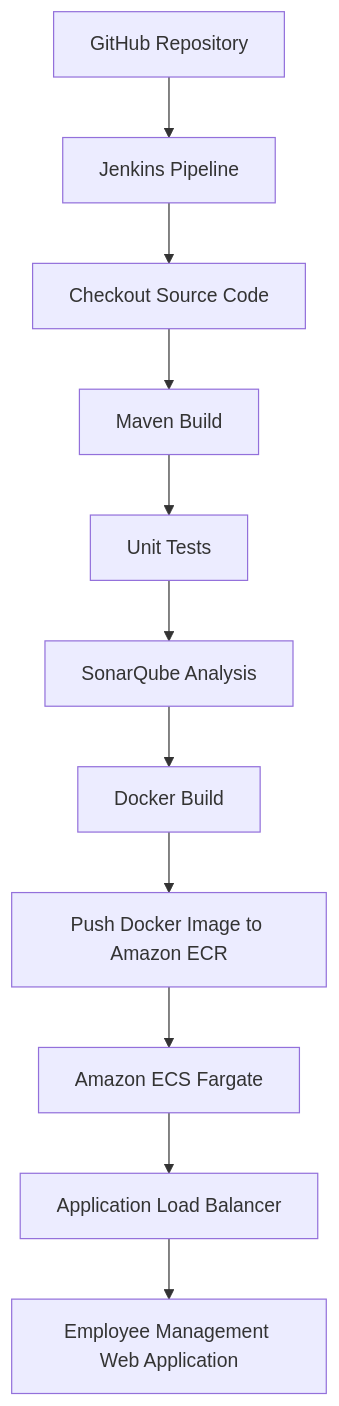
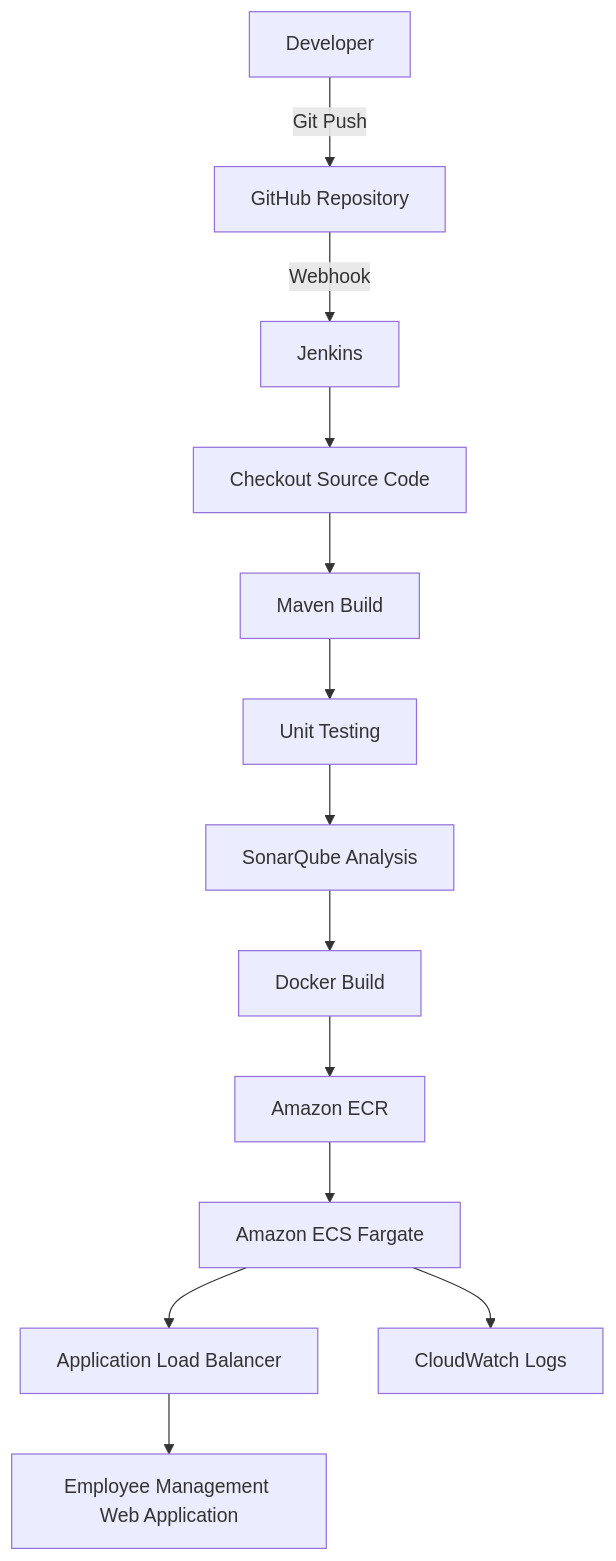
One commit to alllliiii19/employee-management-devops changed the diagram in README.md. Above: the diagram before and after it, drawn with Mermaid. The commit also changed other lines of this file, not shown here.

Commit message:
Documentation

````diff
--- a/README.md
+++ b/README.md
@@ -121,15 +121,24 @@
 ```mermaid
 flowchart TD
 
-A[GitHub Repository] --> B[Jenkins Pipeline]
+A[Developer] -->|Git Push| B[GitHub Repository]
 
-B --> C[Checkout Source Code]
-C --> D[Maven Build]
-D --> E[Unit Tests]
-E --> F[SonarQube Analysis]
-F --> G[Docker Build]
-G --> H[Push Docker Image to Amazon ECR]
-H --> I[Amazon ECS Fargate]
-I --> J[Application Load Balancer]
-J --> K[Employee Management Web Application]
+B -->|Webhook| C[Jenkins]
+
+C --> D[Checkout Source Code]
+D --> E[Maven Build]
+E --> F[Unit Testing]
+F --> G[SonarQube Analysis]
+
+G --> H[Docker Build]
+
+H --> I[Amazon ECR]
+
+I --> J[Amazon ECS Fargate]
+
+J --> K[Application Load Balancer]
+
+K --> L[Employee Management Web Application]
+
+J --> M[CloudWatch Logs]
 ```
````
